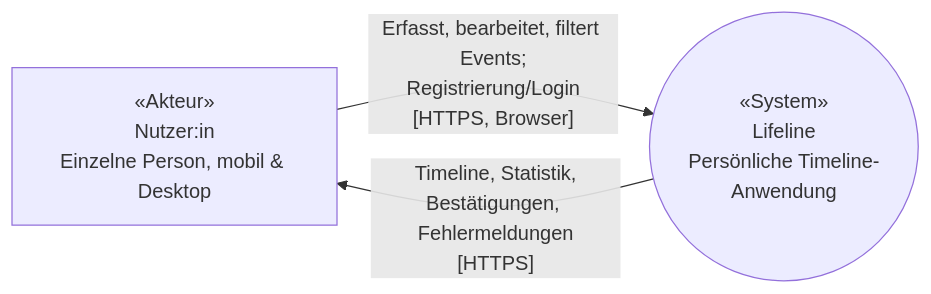
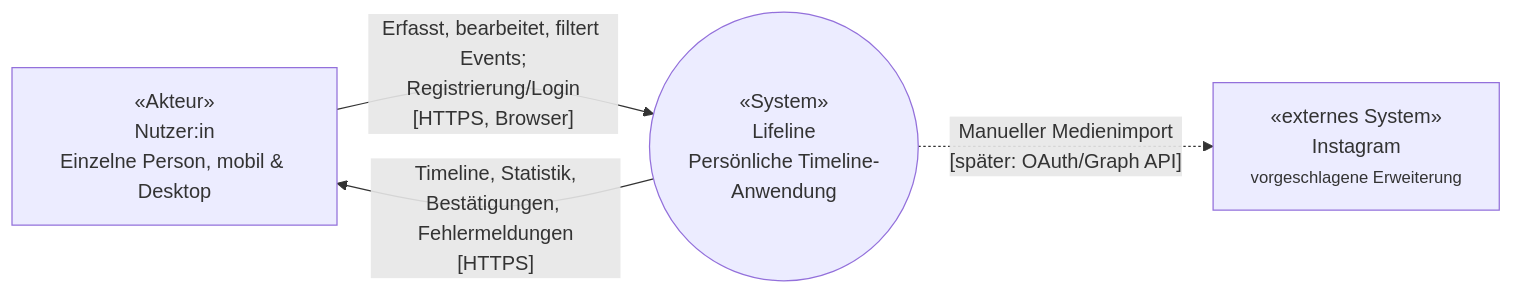
One commit to ksukh-ux/lifeline-project changed the diagram in docs/arch/A03-Kontext-und-Umfang.md. Above: the diagram before and after it, drawn with Mermaid. The commit also changed other lines of this file and 3 other files, not shown here.

````diff
--- a/docs/arch/A03-Kontext-und-Umfang.md
+++ b/docs/arch/A03-Kontext-und-Umfang.md
@@ -12,8 +12,10 @@
 ```mermaid
 flowchart LR
     N["«Akteur»<br/>Nutzer:in<br/>Einzelne Person, mobil &amp; Desktop"]
     L(("«System»<br/>Lifeline<br/>Persönliche Timeline-Anwendung"))
 
     N -->|"Erfasst, bearbeitet, filtert Events;<br/>Registrierung/Login<br/>[HTTPS, Browser]"| L
     L -->|"Timeline, Statistik,<br/>Bestätigungen, Fehlermeldungen<br/>[HTTPS]"| N
+    I["«externes System»<br/>Instagram<br/><small>vorgeschlagene Erweiterung</small>"]
+    L -.->|"Manueller Medienimport<br/>[später: OAuth/Graph API]"| I
 ```
````
